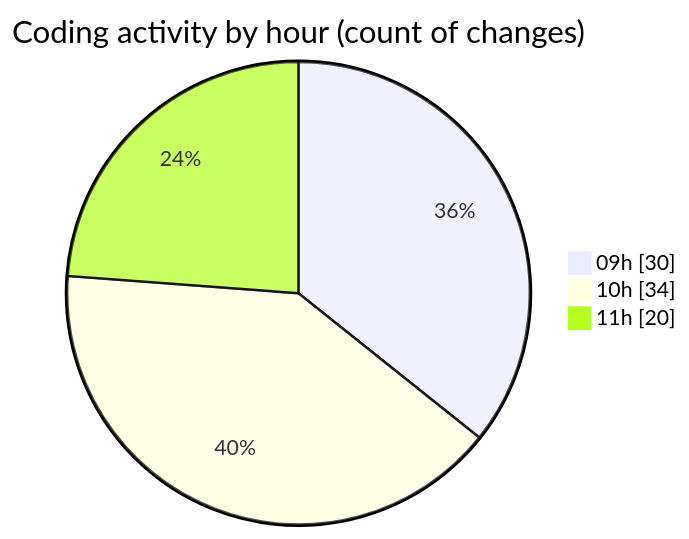
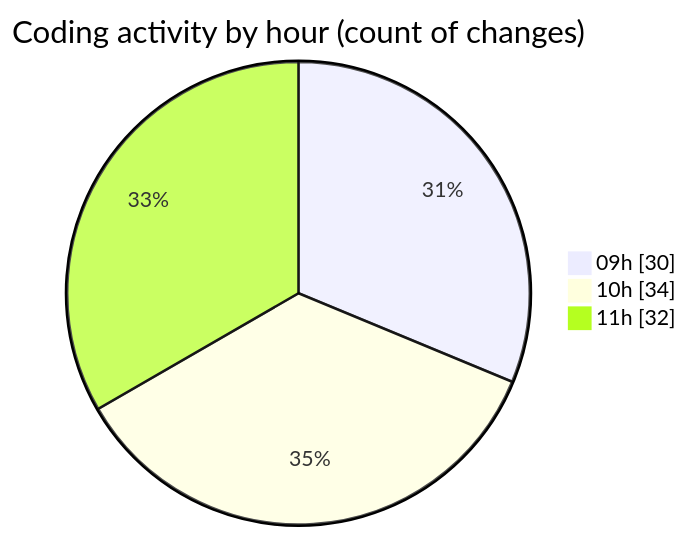
One commit to momahboobian/code-tracking changed the second of 2 diagrams in 2025-04-02/cda/README.md. Above: the diagram before and after it, drawn with Mermaid. The commit also changed other lines of this file and 1 other file, not shown here.

````diff
--- a/2025-04-02/cda/README.md
+++ b/2025-04-02/cda/README.md
@@ -35,7 +35,7 @@
 ```mermaid
 pie showData
 title Coding activity by hour (count of changes)
 "09h" : 30
 "10h" : 34
-"11h" : 20
+"11h" : 32
 ```
````
